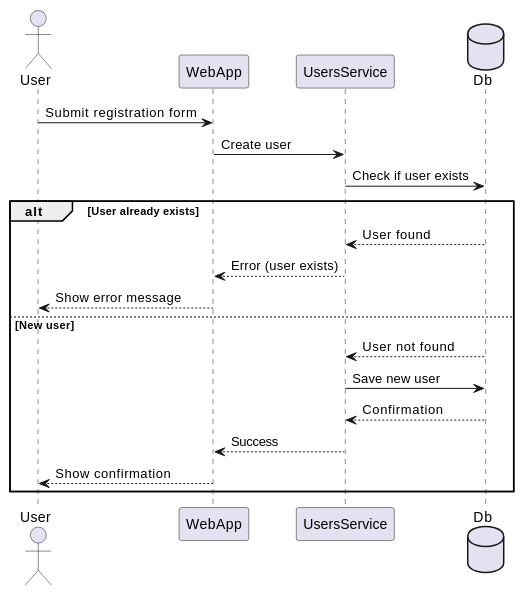
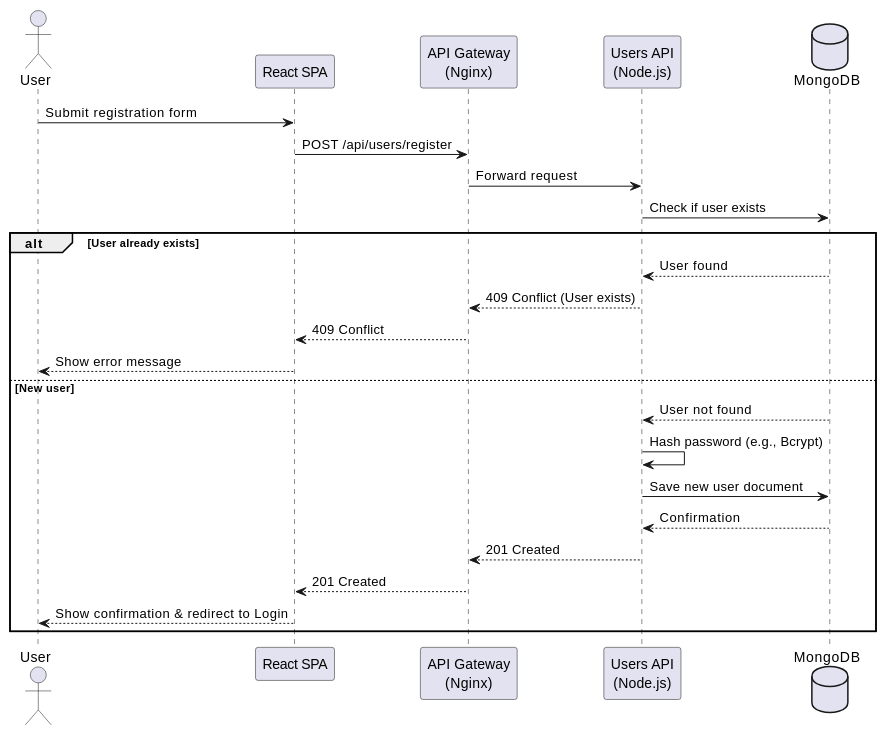
Before and after one commit to Arquisoft/yovi_es1a: the third of 3 diagrams in docs/src/06_runtime_view.adoc, drawn with PlantUML. The commit also changed other lines of this file, not shown here.

Commit message:
docs 06(arc42): añadir Nginx y hasheo de contraseñas al diagrama de secuencia de registro

```diff
--- a/docs/src/06_runtime_view.adoc
+++ b/docs/src/06_runtime_view.adoc
@@ -124,24 +124,29 @@
 [plantuml]
 ----
 @startuml
 actor User
-participant WebApp
-participant UsersService
-database Db
+participant "React SPA" as WebApp
+participant "API Gateway\n(Nginx)" as Gateway
+participant "Users API\n(Node.js)" as UsersService
+database MongoDB as Db
 
 User -> WebApp: Submit registration form
-WebApp -> UsersService: Create user
+WebApp -> Gateway: POST /api/users/register
+Gateway -> UsersService: Forward request
 UsersService -> Db: Check if user exists
 alt User already exists
     Db --> UsersService: User found
-    UsersService --> WebApp: Error (user exists)
+    UsersService --> Gateway: 409 Conflict (User exists)
+    Gateway --> WebApp: 409 Conflict
     WebApp --> User: Show error message
 else New user
     Db --> UsersService: User not found
-    UsersService -> Db: Save new user
+    UsersService -> UsersService: Hash password (e.g., Bcrypt)
+    UsersService -> Db: Save new user document
     Db --> UsersService: Confirmation
-    UsersService --> WebApp: Success
-    WebApp --> User: Show confirmation
+    UsersService --> Gateway: 201 Created
+    Gateway --> WebApp: 201 Created
+    WebApp --> User: Show confirmation & redirect to Login
 end
 @enduml
 ----
```
